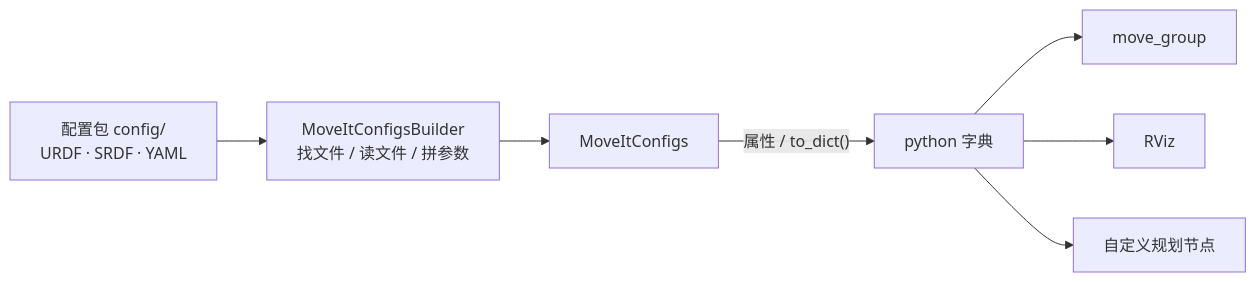
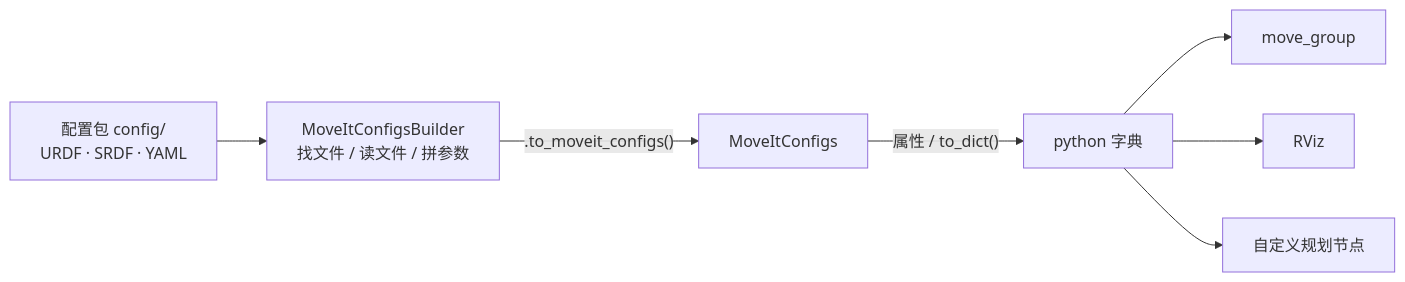
One commit to open-documents/robot changed the diagram in ros2-moveit2/配置打包器.md. Above: the diagram before and after it, drawn with Mermaid. The commit also changed other lines of this file and 1 other file, not shown here.

````diff
--- a/ros2-moveit2/配置打包器.md
+++ b/ros2-moveit2/配置打包器.md
@@ -5,9 +5,9 @@
 ```mermaid
 flowchart LR
     F["配置包 config/<br/>URDF · SRDF · YAML"] --> B["MoveItConfigsBuilder<br/>找文件 / 读文件 / 拼参数"]
-    B --> M["MoveItConfigs"]
+    B -->|".to_moveit_configs()"| M["MoveItConfigs"]
     M -->|"属性 / to_dict()"| L["python 字典"]
     L --> G["move_group"]
     L --> R["RViz"]
     L --> C["自定义规划节点"]
 ```
````
